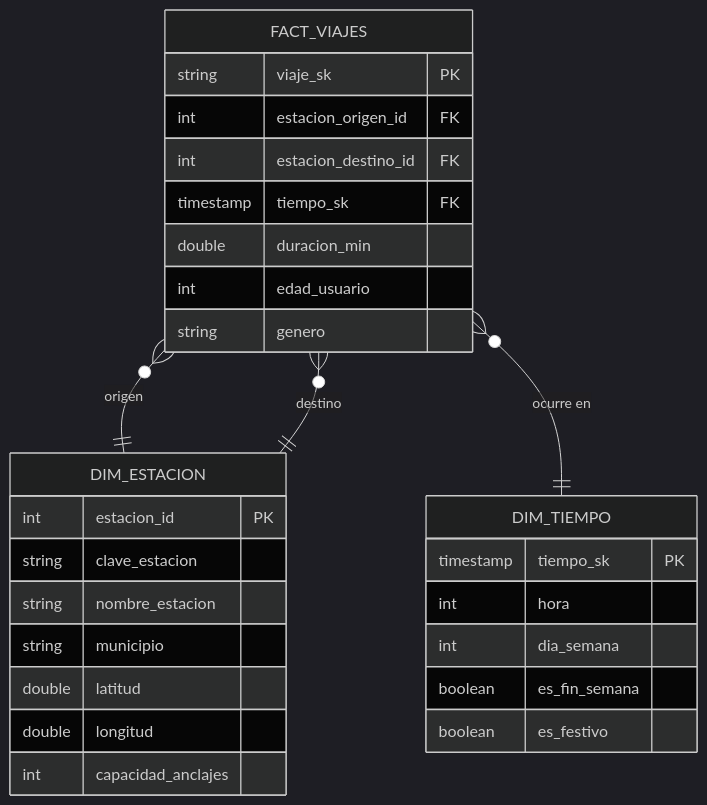
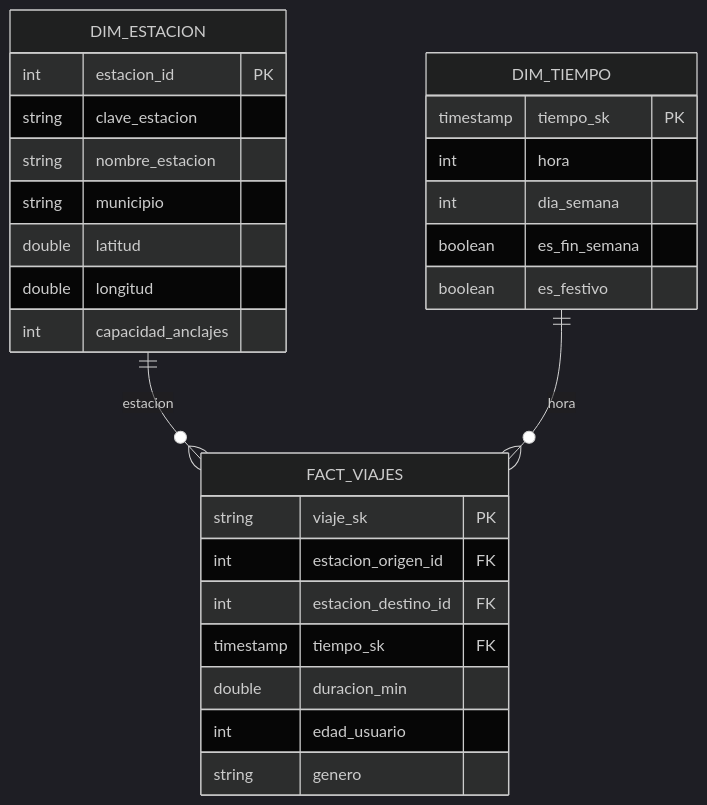
One commit to PIRATA131/Mibici changed the second of 2 diagrams in README.md. Above: the diagram before and after it, drawn with Mermaid (dark theme). The commit also changed other lines of this file, not shown here.

First line of the commit message:
Corrige la sintaxis de los diagramas mermaid

````diff
--- a/README.md
+++ b/README.md
@@ -148,31 +144,30 @@
 ```mermaid
 erDiagram
-  FACT_VIAJES }o--|| DIM_ESTACION : "origen"
-  FACT_VIAJES }o--|| DIM_ESTACION : "destino"
-  FACT_VIAJES }o--|| DIM_TIEMPO : "ocurre en"
+  DIM_ESTACION ||--o{ FACT_VIAJES : "estacion"
+  DIM_TIEMPO ||--o{ FACT_VIAJES : "hora"
   FACT_VIAJES {
     string viaje_sk PK
     int estacion_origen_id FK
     int estacion_destino_id FK
     timestamp tiempo_sk FK
     double duracion_min
     int edad_usuario
     string genero
   }
   DIM_ESTACION {
     int estacion_id PK
     string clave_estacion
     string nombre_estacion
     string municipio
     double latitud
     double longitud
     int capacidad_anclajes
   }
   DIM_TIEMPO {
     timestamp tiempo_sk PK
     int hora
     int dia_semana
     boolean es_fin_semana
     boolean es_festivo
   }
 ```
````
